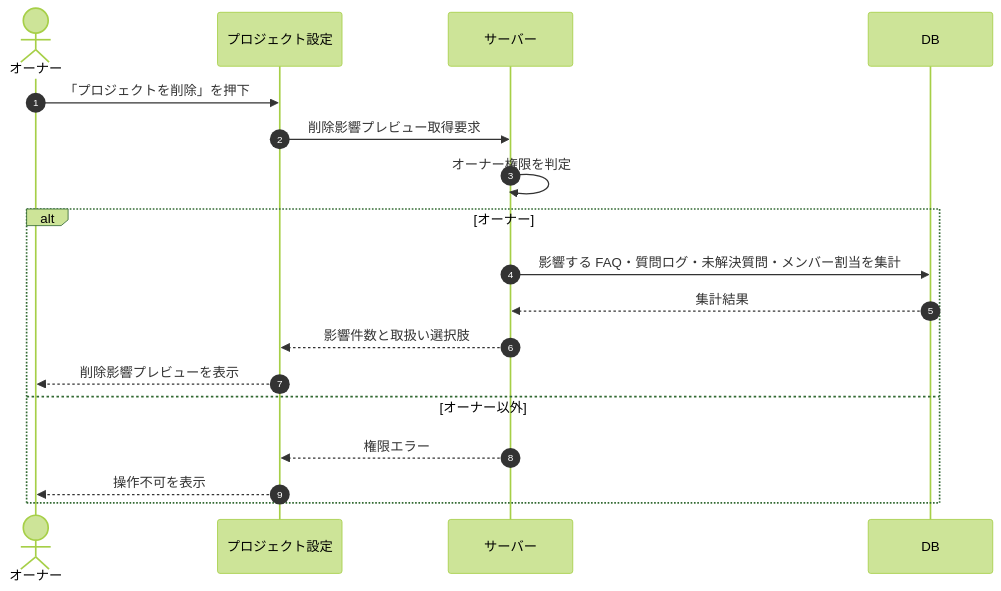
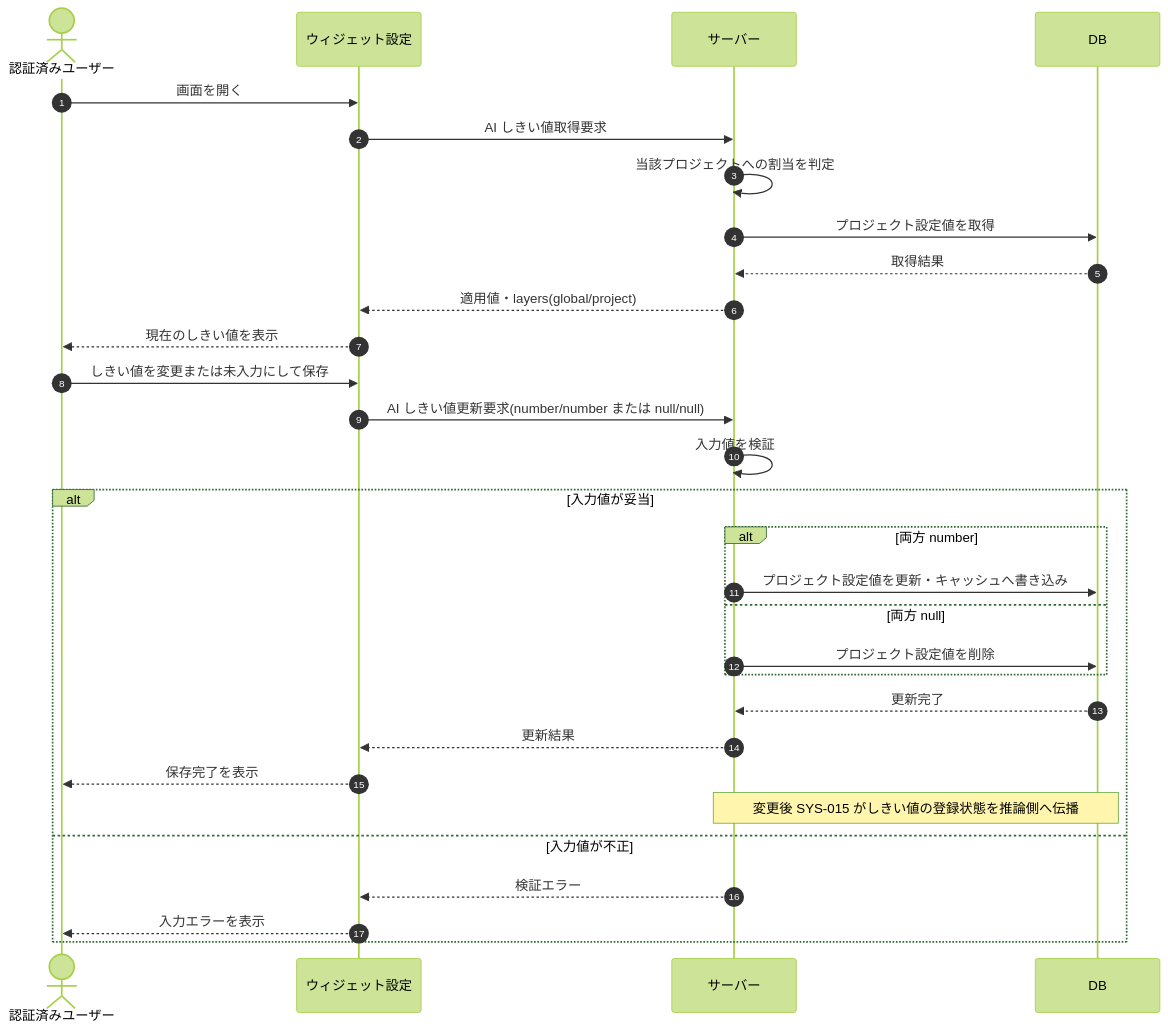
The diagram in 02_basic_design/03_sequences/SEQ-121.md (sikakou54/open-faq), drawn with Mermaid (forest theme) before and after one commit. The commit also changed other lines of this file and 55 other files, not shown here.

````diff
--- a/02_basic_design/03_sequences/SEQ-121.md
+++ b/02_basic_design/03_sequences/SEQ-121.md
@@ -15,20 +15,32 @@
 ```mermaid
 sequenceDiagram
   autonumber
-  actor U as オーナー
-  participant Screen as プロジェクト設定
+  actor U as 認証済みユーザー
+  participant Screen as ウィジェット設定
   participant Server as サーバー
   participant DB as DB
-  U->>Screen: 「プロジェクトを削除」を押下
-  Screen->>Server: 削除影響プレビュー取得要求
-  Server->>Server: オーナー権限を判定
-  alt オーナー
-    Server->>DB: 影響する FAQ・質問ログ・未解決質問・メンバー割当を集計
-    DB-->>Server: 集計結果
-    Server-->>Screen: 影響件数と取扱い選択肢
-    Screen-->>U: 削除影響プレビューを表示
-  else オーナー以外
-    Server-->>Screen: 権限エラー
-    Screen-->>U: 操作不可を表示
+  U->>Screen: 画面を開く
+  Screen->>Server: AI しきい値取得要求
+  Server->>Server: 当該プロジェクトへの割当を判定
+  Server->>DB: プロジェクト設定値を取得
+  DB-->>Server: 取得結果
+  Server-->>Screen: 適用値・layers(global/project)
+  Screen-->>U: 現在のしきい値を表示
+  U->>Screen: しきい値を変更または未入力にして保存
+  Screen->>Server: AI しきい値更新要求(number/number または null/null)
+  Server->>Server: 入力値を検証
+  alt 入力値が妥当
+    alt 両方 number
+      Server->>DB: プロジェクト設定値を更新・キャッシュへ書き込み
+    else 両方 null
+      Server->>DB: プロジェクト設定値を削除
+    end
+    DB-->>Server: 更新完了
+    Server-->>Screen: 更新結果
+    Screen-->>U: 保存完了を表示
+    Note over Server,DB: 変更後 SYS-015 がしきい値の登録状態を推論側へ伝播
+  else 入力値が不正
+    Server-->>Screen: 検証エラー
+    Screen-->>U: 入力エラーを表示
   end
 ```
````
